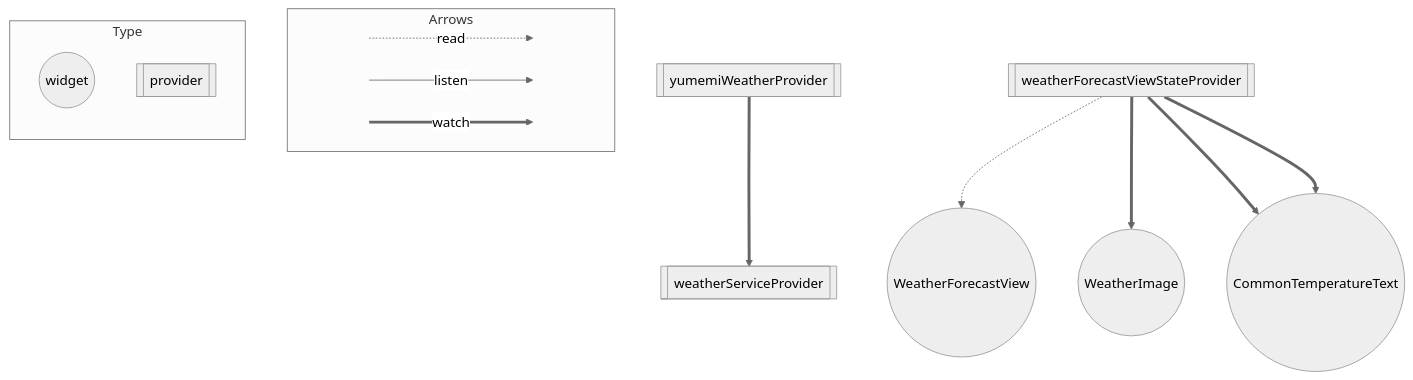
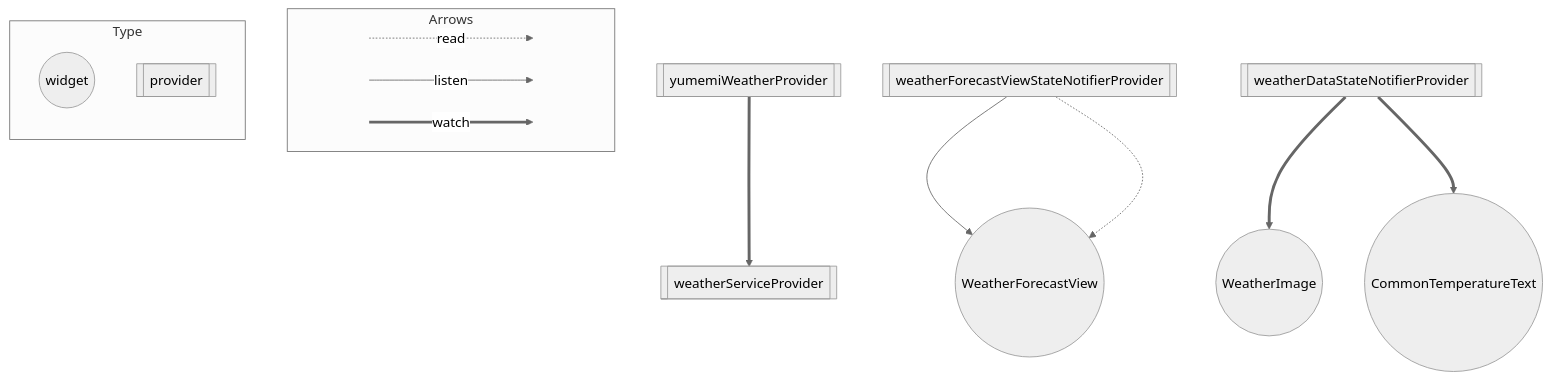
Before and after one commit to KaitoKudou/flutter_training-kudo: the second of 2 diagrams in ARCHITECTURE.md, drawn with Mermaid (neutral theme).

Commit message:
[fix]riverpodの依存関係図を修正

````diff
--- a/ARCHITECTURE.md
+++ b/ARCHITECTURE.md
@@ -24,33 +24,34 @@
 ```mermaid
 flowchart TB
   subgraph Arrows
     direction LR
     start1[ ] -..->|read| stop1[ ]
     style start1 height:0px;
     style stop1 height:0px;
     start2[ ] --->|listen| stop2[ ]
     style start2 height:0px;
     style stop2 height:0px;
     start3[ ] ===>|watch| stop3[ ]
     style start3 height:0px;
     style stop3 height:0px;
   end
   subgraph Type
     direction TB
     ConsumerWidget((widget));
     Provider[[provider]];
   end
 
   weatherServiceProvider[["weatherServiceProvider"]];
   yumemiWeatherProvider[["yumemiWeatherProvider"]];
-  weatherForecastViewStateProvider[["weatherForecastViewStateProvider"]];
+  weatherForecastViewStateNotifierProvider[["weatherForecastViewStateNotifierProvider"]];
+  weatherDataStateNotifierProvider[["weatherDataStateNotifierProvider"]];
   WeatherForecastView((WeatherForecastView));
   WeatherImage((WeatherImage));
   CommonTemperatureText((CommonTemperatureText));
 
-  weatherForecastViewStateProvider -.-> WeatherForecastView;
-  weatherForecastViewStateProvider ==> WeatherImage;
-  weatherForecastViewStateProvider ==> CommonTemperatureText;
-  weatherForecastViewStateProvider ==> CommonTemperatureText;
+  weatherForecastViewStateNotifierProvider --> WeatherForecastView;
+  weatherForecastViewStateNotifierProvider -.-> WeatherForecastView;
+  weatherDataStateNotifierProvider ==> WeatherImage;
+  weatherDataStateNotifierProvider ==> CommonTemperatureText;
   yumemiWeatherProvider ==> weatherServiceProvider;
 ```
````
